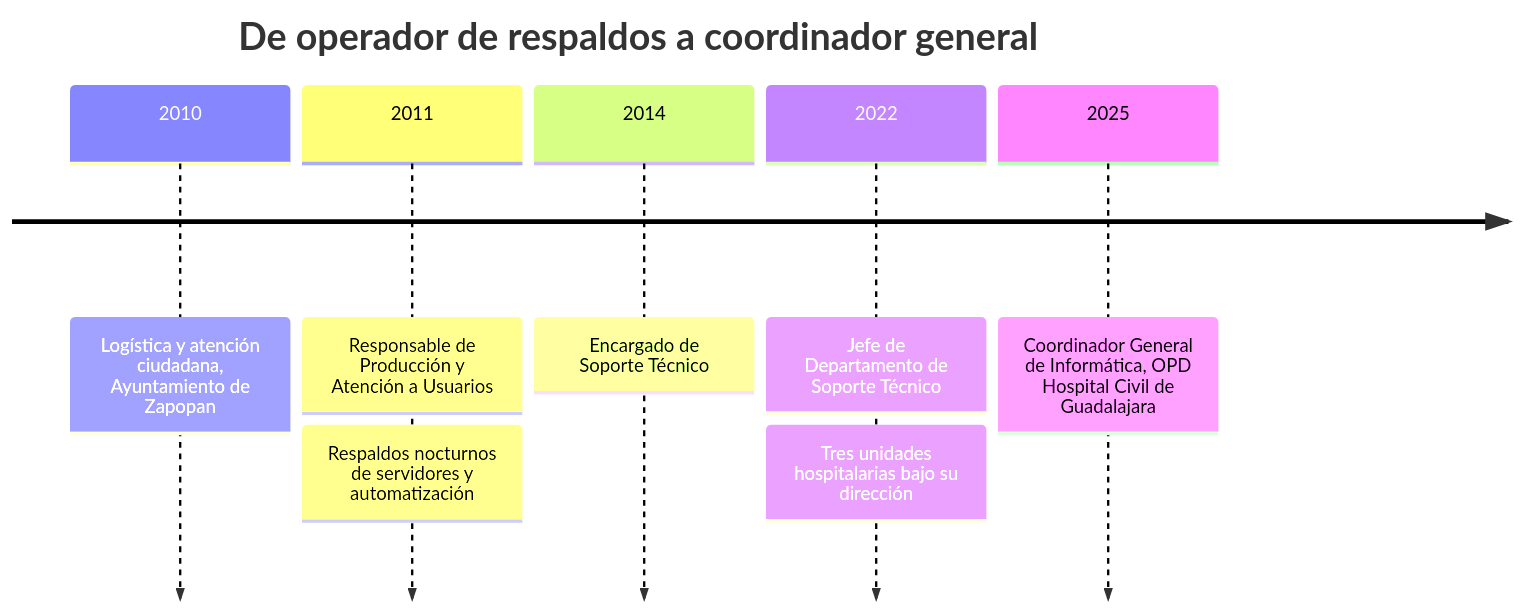
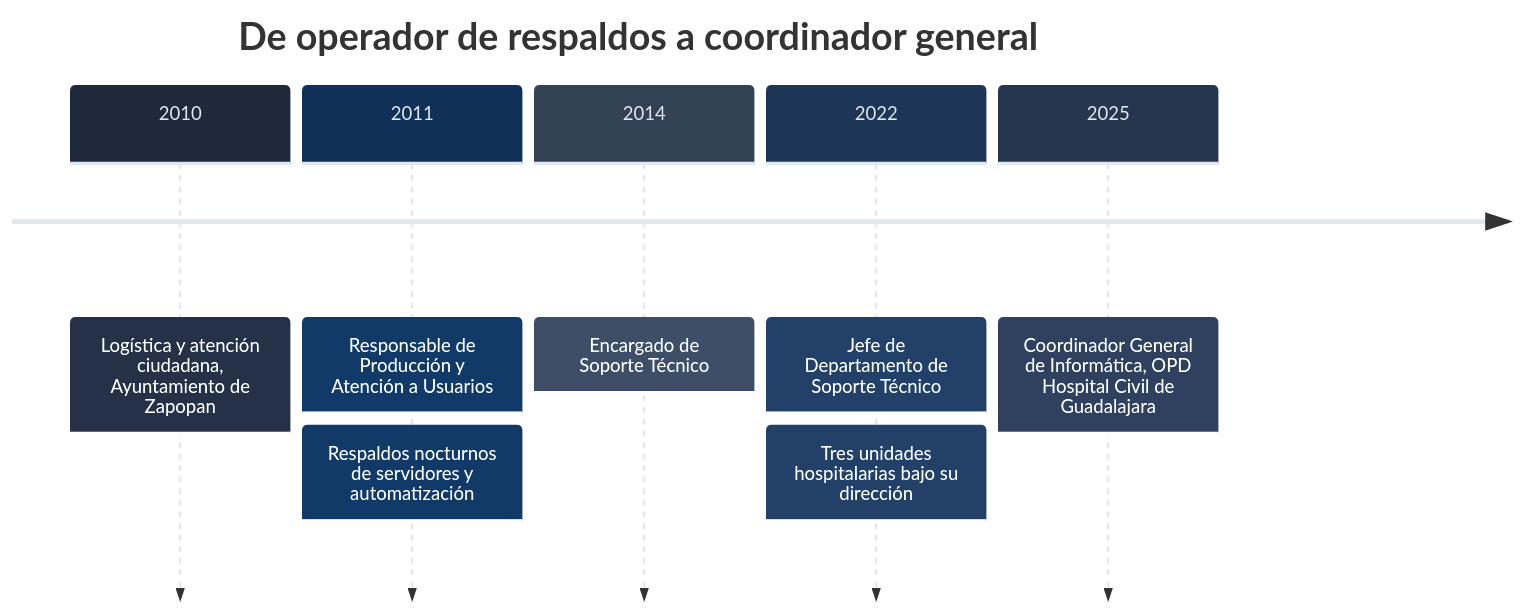
One commit to RCVSHCG-26/RCVSHCG-26 changed the first of 2 diagrams in README.md. Above: the diagram before and after it, drawn with Mermaid. The commit also changed 1 other file, not shown here.

Commit message:
Perfil: quitar referencia fsociety y colores sobrios en la trayectoria

````diff
--- a/README.md
+++ b/README.md
@@ -25,11 +25,12 @@
 ```mermaid
+%%{init: {'theme':'base','themeVariables':{'cScale0':'#1e293b','cScaleLabel0':'#e2e8f0','cScaleInv0':'#e2e8f0','cScale1':'#0f3057','cScaleLabel1':'#e2e8f0','cScaleInv1':'#e2e8f0','cScale2':'#334155','cScaleLabel2':'#e2e8f0','cScaleInv2':'#e2e8f0','cScale3':'#1d3557','cScaleLabel3':'#e2e8f0','cScaleInv3':'#e2e8f0','cScale4':'#27364f','cScaleLabel4':'#e2e8f0','cScaleInv4':'#e2e8f0','cScale5':'#3b4a63','cScaleLabel5':'#e2e8f0','cScaleInv5':'#e2e8f0','cScale6':'#16324f','cScaleLabel6':'#e2e8f0','cScaleInv6':'#e2e8f0','cScale7':'#2b3a55','cScaleLabel7':'#e2e8f0','cScaleInv7':'#e2e8f0','cScale8':'#1f3a5f','cScaleLabel8':'#e2e8f0','cScaleInv8':'#e2e8f0','cScale9':'#475569','cScaleLabel9':'#e2e8f0','cScaleInv9':'#e2e8f0','cScale10':'#0c2340','cScaleLabel10':'#e2e8f0','cScaleInv10':'#e2e8f0','cScale11':'#374151','cScaleLabel11':'#e2e8f0','cScaleInv11':'#e2e8f0','fontFamily':'monospace'}}}%%
 timeline
     title De operador de respaldos a coordinador general
     2010 : Logística y atención ciudadana, Ayuntamiento de Zapopan
     2011 : Responsable de Producción y Atención a Usuarios
          : Respaldos nocturnos de servidores y automatización
     2014 : Encargado de Soporte Técnico
     2022 : Jefe de Departamento de Soporte Técnico
          : Tres unidades hospitalarias bajo su dirección
     2025 : Coordinador General de Informática, OPD Hospital Civil de Guadalajara
 ```
````
